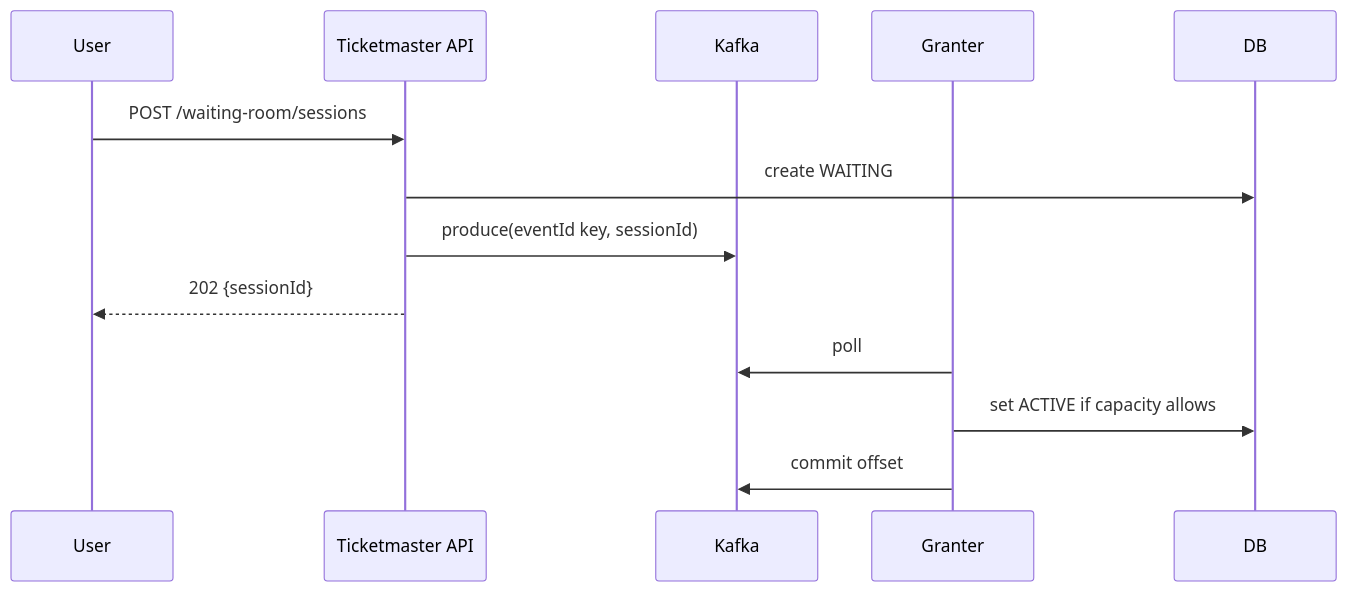
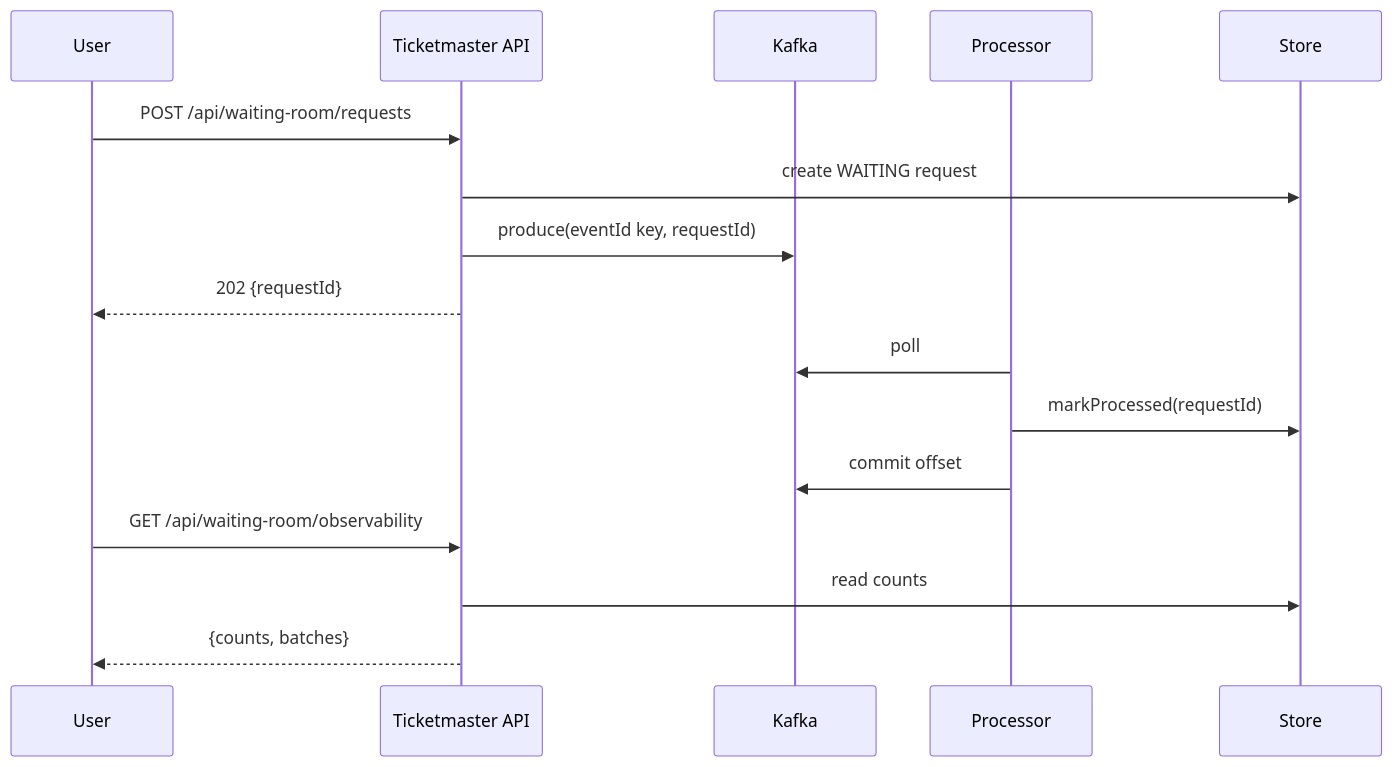
The second of 2 diagrams in ticketmaster/tech-waiting-room/kafka/README.md (ShalomDeitch1/examples), drawn with Mermaid before and after one commit. The commit also changed other lines of this file and 5 other files, not shown here.

````diff
--- a/ticketmaster/tech-waiting-room/kafka/README.md
+++ b/ticketmaster/tech-waiting-room/kafka/README.md
@@ -30,17 +35,21 @@
 ```mermaid
 sequenceDiagram
   participant U as User
   participant TM as Ticketmaster API
   participant K as Kafka
-  participant G as Granter
-  participant DB as DB
+  participant P as Processor
+  participant S as Store
 
-  U->>TM: POST /waiting-room/sessions
-  TM->>DB: create WAITING
-  TM->>K: produce(eventId key, sessionId)
-  TM-->>U: 202 {sessionId}
+  U->>TM: POST /api/waiting-room/requests
+  TM->>S: create WAITING request
+  TM->>K: produce(eventId key, requestId)
+  TM-->>U: 202 {requestId}
 
-  G->>K: poll
-  G->>DB: set ACTIVE if capacity allows
-  G->>K: commit offset
+  P->>K: poll
+  P->>S: markProcessed(requestId)
+  P->>K: commit offset
+
+  U->>TM: GET /api/waiting-room/observability
+  TM->>S: read counts
+  TM-->>U: {counts, batches}
 ```
````
